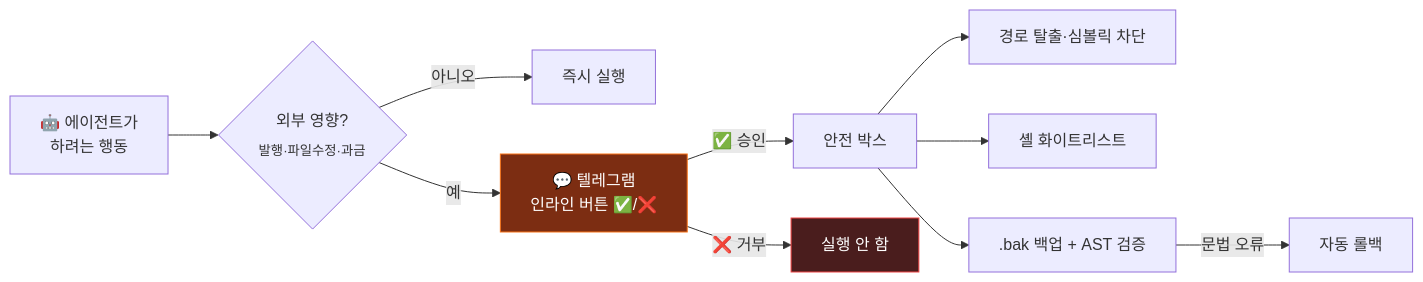
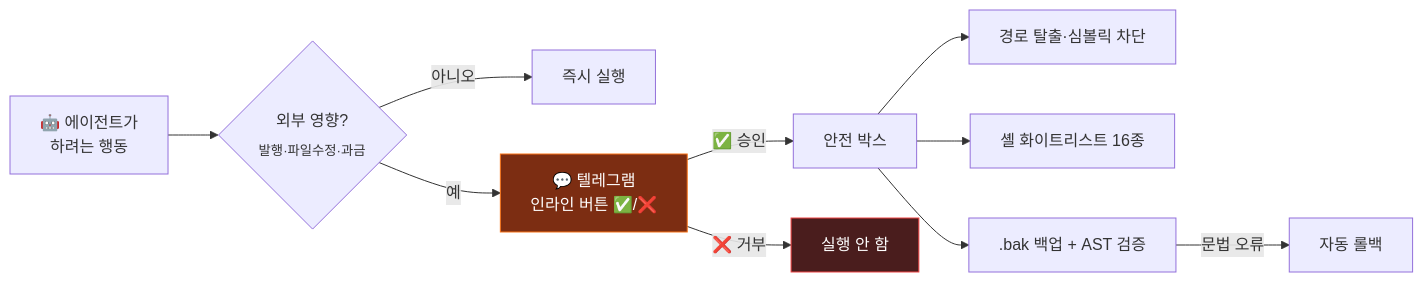
Before and after one commit to youandi3535/jarvis-agent: the sixth of 7 diagrams in README.md, drawn with Mermaid. The commit also changed other lines of this file, not shown here.

````diff
--- a/README.md
+++ b/README.md
@@ -289,15 +320,15 @@
 ```mermaid
 flowchart LR
     A["🤖 에이전트가<br/>하려는 행동"] --> B{"외부 영향?<br/><sub>발행·파일수정·과금</sub>"}
     B -- "아니오" --> X["즉시 실행"]
     B -- "예" --> C["💬 텔레그램<br/>인라인 버튼 ✅/❌"]
     C -- "✅ 승인" --> D["안전 박스"]
     C -- "❌ 거부" --> Z["실행 안 함"]
     D --> D1["경로 탈출·심볼릭 차단"]
-    D --> D2["셸 화이트리스트"]
+    D --> D2["셸 화이트리스트 16종"]
     D --> D3[".bak 백업 + AST 검증"]
     D3 -- "문법 오류" --> R["자동 롤백"]
 
     style C fill:#7c2d12,stroke:#f97316,color:#fff
     style Z fill:#4a1d1d,stroke:#ef4444,color:#fff
 ```
````
